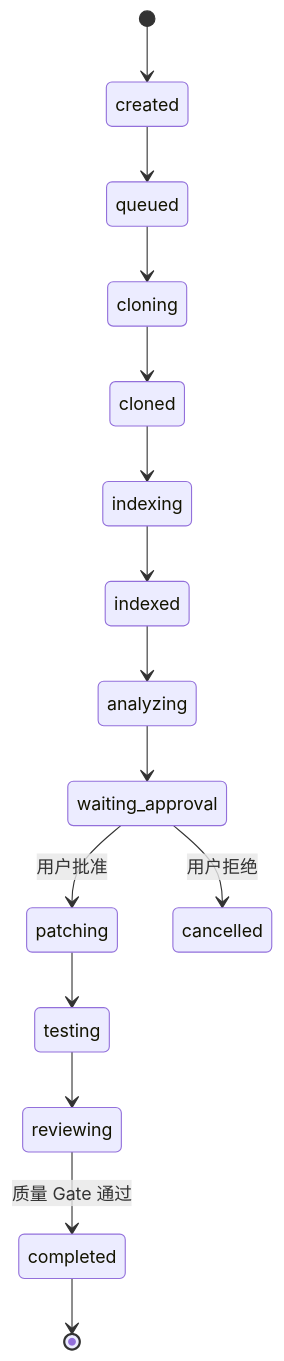
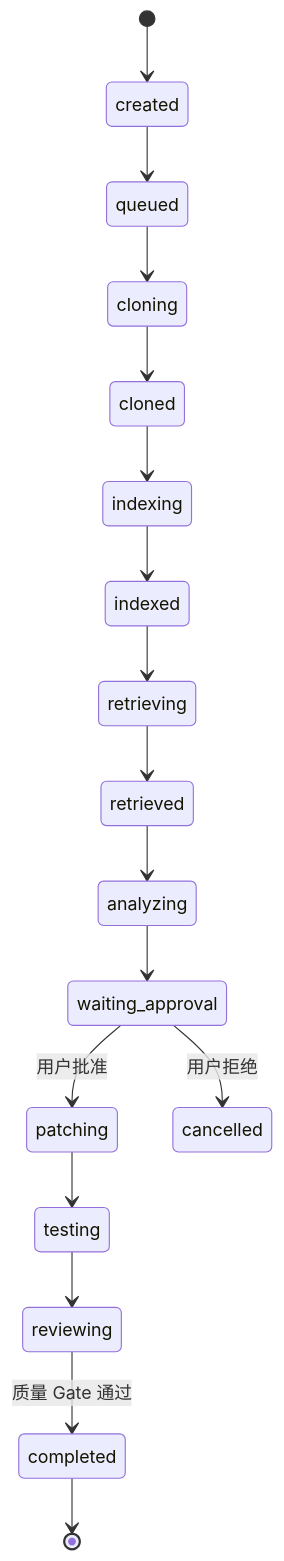
One commit to guiwenhui/IssuePilot changed the second of 2 diagrams in docs/architecture.md. Above: the diagram before and after it, drawn with Mermaid. The commit also changed other lines of this file and 61 other files, not shown here.

````diff
--- a/docs/architecture.md
+++ b/docs/architecture.md
@@ -88,17 +96,19 @@
 ```mermaid
 stateDiagram-v2
     [*] --> created
     created --> queued
     queued --> cloning
     cloning --> cloned
     cloned --> indexing
     indexing --> indexed
-    indexed --> analyzing
+    indexed --> retrieving
+    retrieving --> retrieved
+    retrieved --> analyzing
     analyzing --> waiting_approval
     waiting_approval --> patching: 用户批准
     waiting_approval --> cancelled: 用户拒绝
     patching --> testing
     testing --> reviewing
     reviewing --> completed: 质量 Gate 通过
     completed --> [*]
 ```
````
